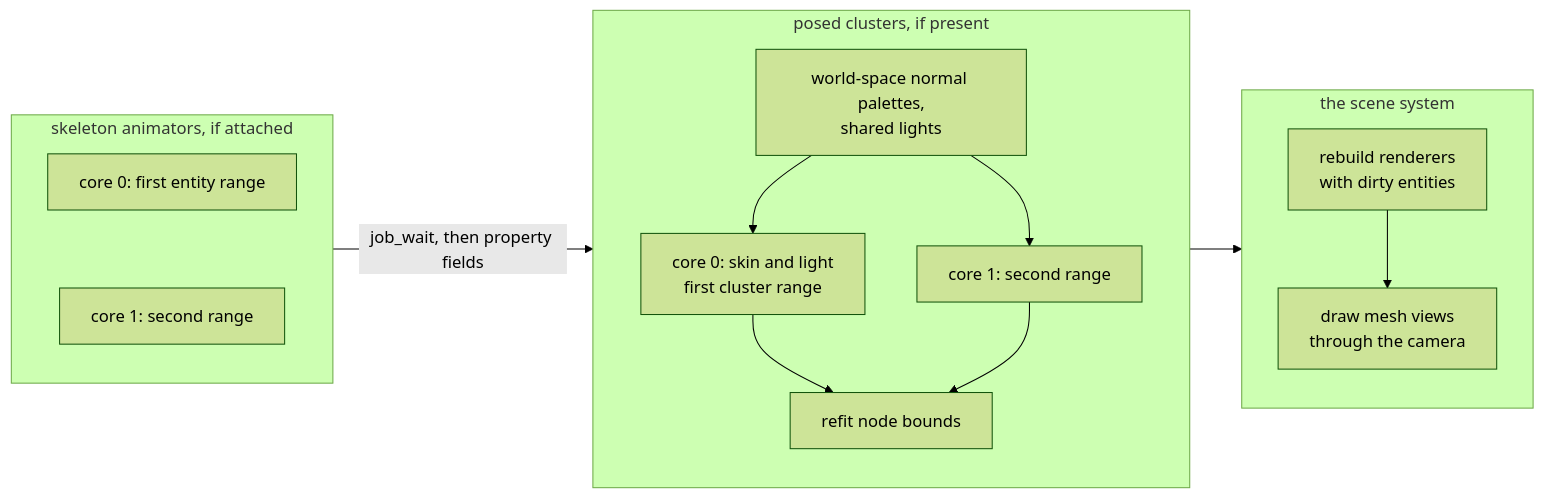
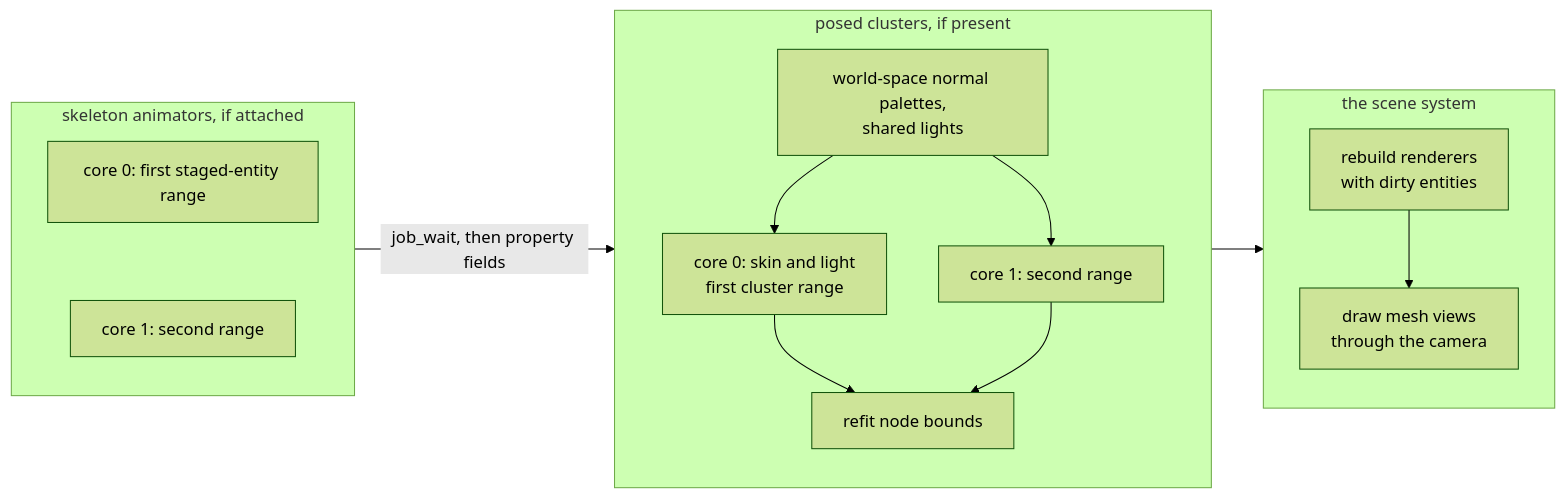
The third of 3 diagrams in docs/render/animation/Skeleton-and-Skin.md (jose-villegas/autana), drawn with Mermaid (forest theme) before and after one commit. The commit also changed 5 other files, not shown here.

Commit message:
scene: staged order test, a skin's entity staged by its animator only, renderer total bounded to the uint16 index, docs name the two lists (autana-nrbrb)

````diff
--- a/docs/render/animation/Skeleton-and-Skin.md
+++ b/docs/render/animation/Skeleton-and-Skin.md
@@ -174,19 +174,19 @@
 ```mermaid
 flowchart LR
     subgraph Animate["skeleton animators, if attached"]
         direction TB
-        A0["core 0: first entity range"] ~~~ A1["core 1: second range"]
+        A0["core 0: first staged-entity range"] ~~~ A1["core 1: second range"]
     end
     subgraph Skin["posed clusters, if present"]
         direction TB
         Pal["world-space normal palettes,<br/>shared lights"] --> S0["core 0: skin and light<br/>first cluster range"]
         Pal --> S1["core 1: second range"]
         S0 --> Refit["refit node bounds"]
         S1 --> Refit
     end
     subgraph Draw["the scene system"]
         direction TB
         Rebuild["rebuild renderers<br/>with dirty entities"] --> View["draw mesh views<br/>through the camera"]
     end
     Animate -- "job_wait, then property fields" --> Skin --> Draw
 ```
````
